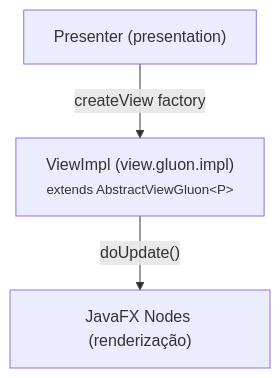
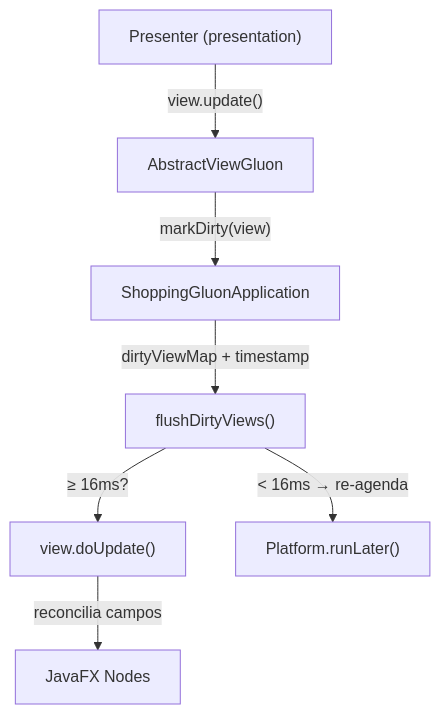
Before and after one commit to mrcdom/wdc-cube-java-v2: the second of 2 diagrams in fontes/br.com.wdc.shopping/br.com.wdc.shopping.view.gluon/README.md, drawn with Mermaid. The commit also changed other lines of this file, not shown here.

First line of the commit message:
docs(gluon): detalhar mecanismo de throttling 16ms no README

````diff
--- a/fontes/br.com.wdc.shopping/br.com.wdc.shopping.view.gluon/README.md
+++ b/fontes/br.com.wdc.shopping/br.com.wdc.shopping.view.gluon/README.md
@@ -112,6 +112,10 @@
 ```mermaid
 graph TD
     P["Presenter (presentation)"]
-    P -->|"createView factory"| V["ViewImpl (view.gluon.impl)<br/><small>extends AbstractViewGluon&lt;P&gt;</small>"]
-    V -->|"doUpdate()"| N["JavaFX Nodes (renderização)"]
+    P -->|"view.update()"| AV["AbstractViewGluon"]
+    AV -->|"markDirty(view)"| APP["ShoppingGluonApplication"]
+    APP -->|"dirtyViewMap + timestamp"| FLUSH["flushDirtyViews()"]
+    FLUSH -->|"≥ 16ms?"| DU["view.doUpdate()"]
+    DU -->|"reconcilia campos"| N["JavaFX Nodes"]
+    FLUSH -->|"< 16ms → re-agenda"| SCHED["Platform.runLater()"]
 ```
````
